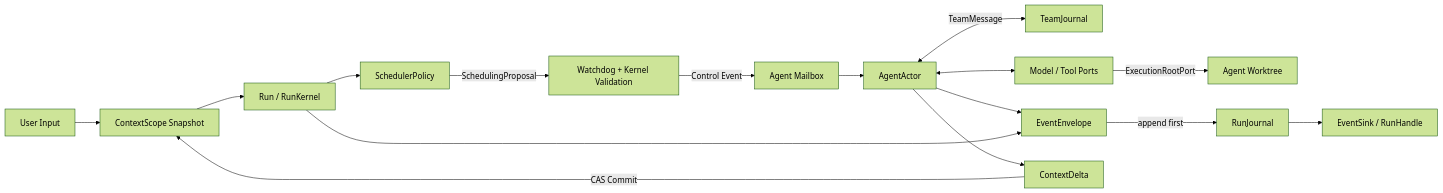
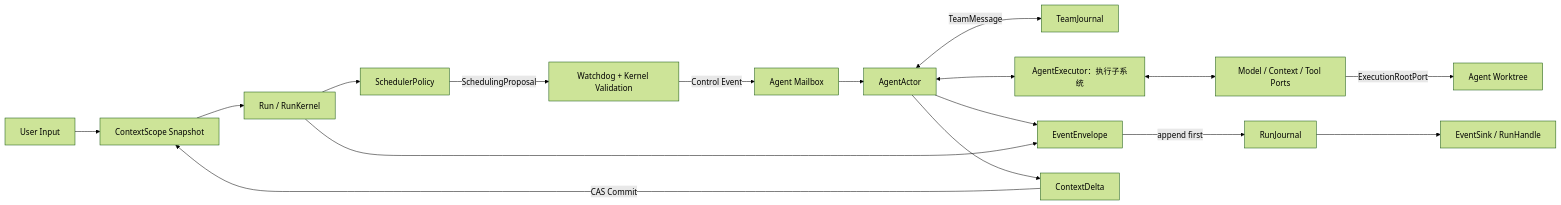
The diagram in docs/runtime/architecture.md (Haiyang-Bian/bottled-water), drawn with Mermaid (forest theme) before and after one commit. The commit also changed other lines of this file and 12 other files, not shown here.

Commit message:
docs(agenthub): define kernel and subsystem architecture

````diff
--- a/docs/runtime/architecture.md
+++ b/docs/runtime/architecture.md
@@ -35,18 +37,19 @@
 ```mermaid
 flowchart LR
     U["User Input"] --> C["ContextScope Snapshot"]
     C --> R["Run / RunKernel"]
     R --> P["SchedulerPolicy"]
     P -->|"SchedulingProposal"| W["Watchdog + Kernel Validation"]
     W -->|"Control Event"| M["Agent Mailbox"]
     M --> A["AgentActor"]
     A <-->|"TeamMessage"| T["TeamJournal"]
-    A <--> X["Model / Tool Ports"]
+    A <--> EX["AgentExecutor：执行子系统"]
+    EX <--> X["Model / Context / Tool Ports"]
     X -->|"ExecutionRootPort"| G["Agent Worktree"]
     A --> E["EventEnvelope"]
     R --> E
     E -->|"append first"| J["RunJournal"]
     J --> S["EventSink / RunHandle"]
     A --> D["ContextDelta"]
     D -->|"CAS Commit"| C
 ```
````
